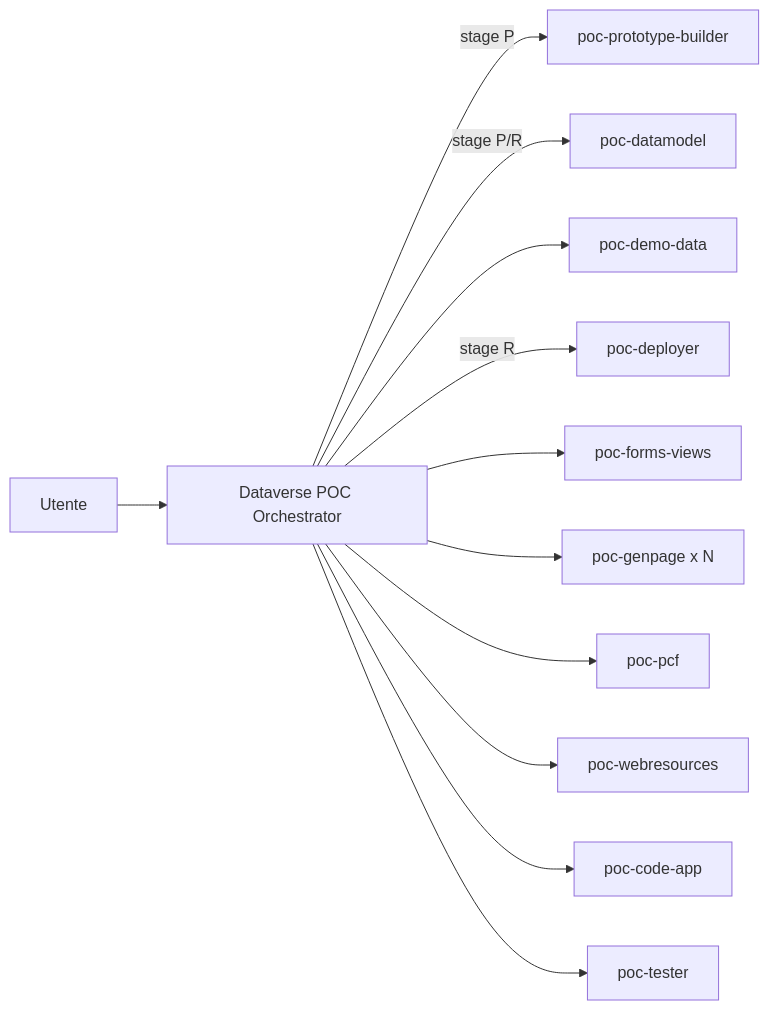
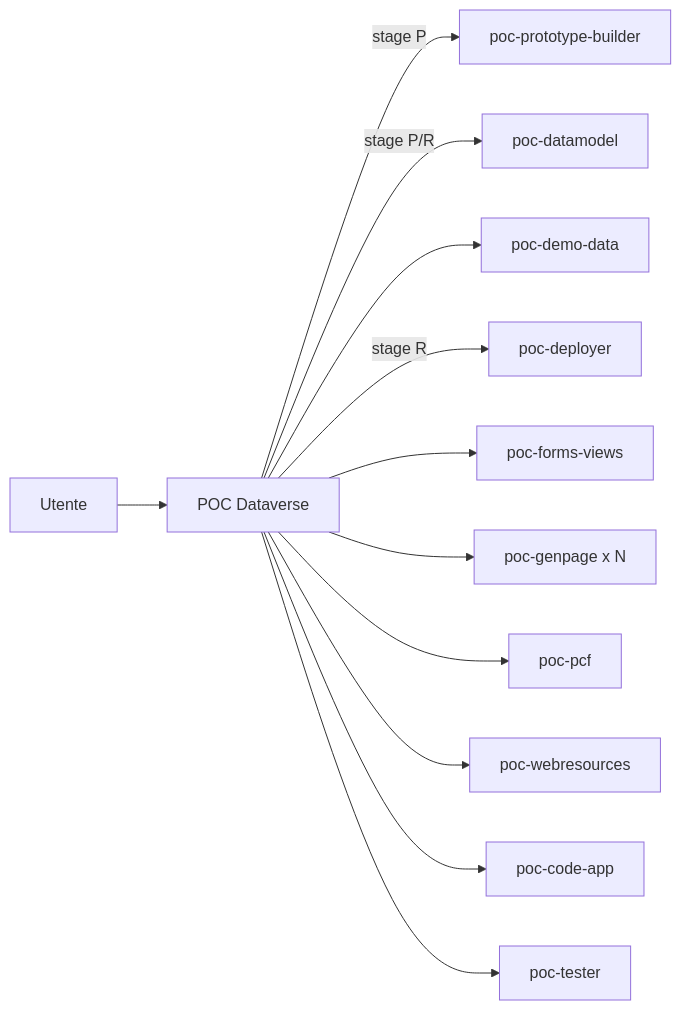
One commit to raythekool/power-platform-plugins changed the diagram in plugins/dataverse-poc/README.md. Above: the diagram before and after it, drawn with Mermaid. The commit also changed other lines of this file and 29 other files, not shown here.

First line of the commit message:
dataverse-poc 1.3.0: only "POC Dataverse" in the VS Code agent picker

````diff
--- a/plugins/dataverse-poc/README.md
+++ b/plugins/dataverse-poc/README.md
@@ -49,14 +49,14 @@
 ```mermaid
 flowchart LR
-    U[Utente] --> O[Dataverse POC Orchestrator]
+    U[Utente] --> O[POC Dataverse]
     O -->|stage P| PB[poc-prototype-builder]
     O -->|stage P/R| DM[poc-datamodel]
     O --> DD[poc-demo-data]
     O -->|stage R| DEP[poc-deployer]
     O --> FV[poc-forms-views]
     O --> GP[poc-genpage x N]
     O --> PCF[poc-pcf]
     O --> WR[poc-webresources]
     O --> CA[poc-code-app]
     O --> T[poc-tester]
 ```
````
